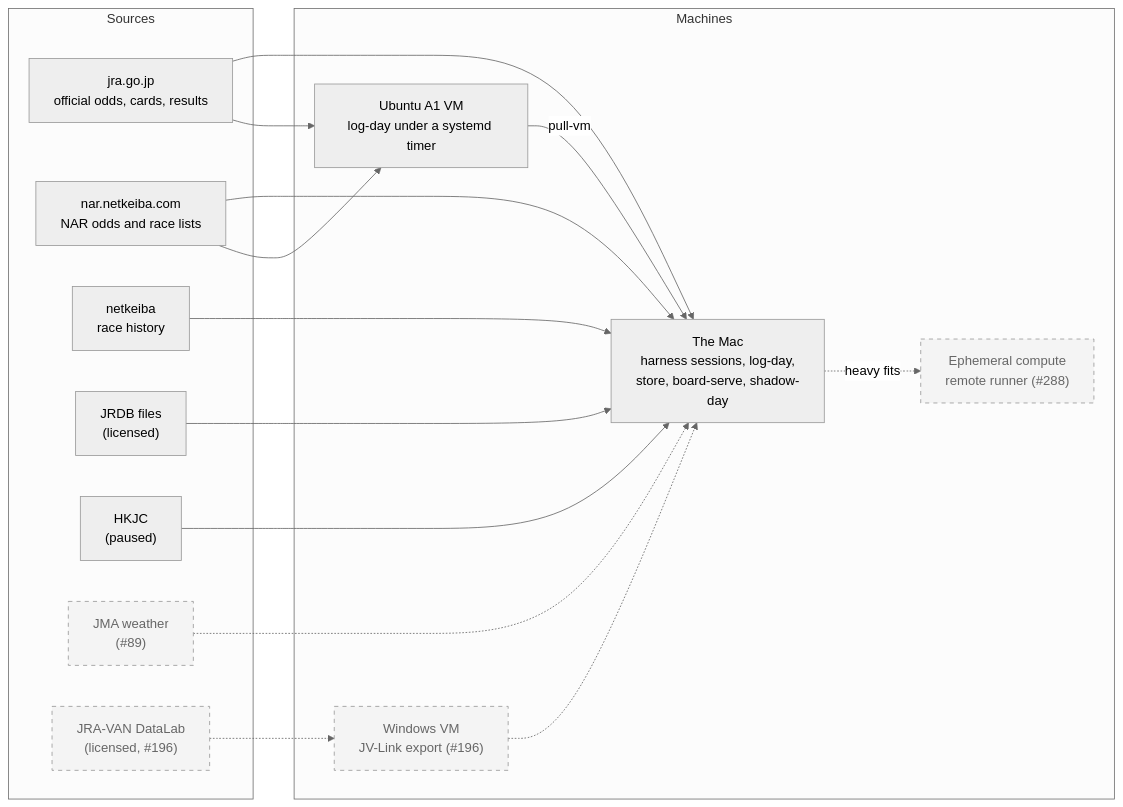
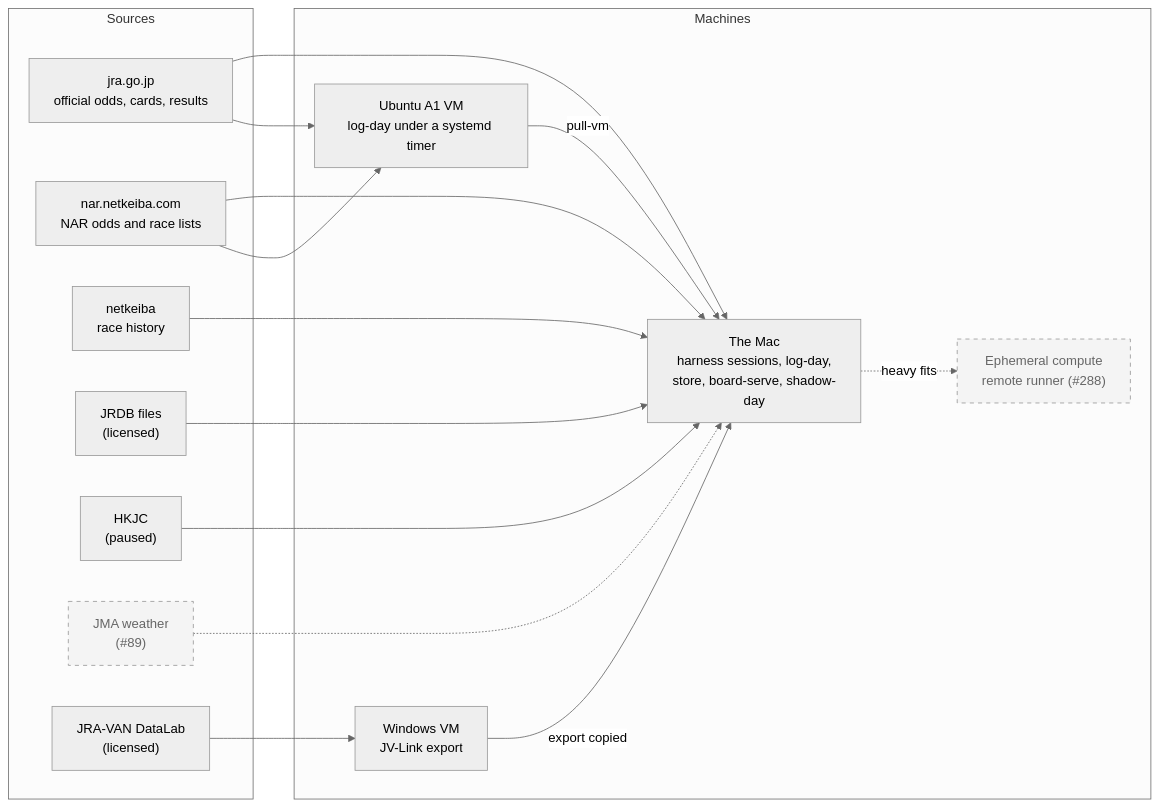
The first of 7 diagrams in docs/architecture.md (rjeskuri/HorseTrackBetting), drawn with Mermaid (neutral theme) before and after one commit. The commit also changed other lines of this file and 2 other files, not shown here.

First line of the commit message:
Document the JRA-VAN flow in the architecture and store specs (#375)

````diff
--- a/docs/architecture.md
+++ b/docs/architecture.md
@@ -24,32 +24,32 @@
 ```mermaid
 flowchart LR
   subgraph src["Sources"]
     jra["jra.go.jp<br>official odds, cards, results"]
     nar["nar.netkeiba.com<br>NAR odds and race lists"]
     nk["netkeiba<br>race history"]
     jrdb["JRDB files<br>(licensed)"]
     hkjc["HKJC<br>(paused)"]
     jma["JMA weather<br>(#89)"]
-    jv["JRA-VAN DataLab<br>(licensed, #196)"]
+    jv["JRA-VAN DataLab<br>(licensed)"]
   end
   subgraph mach["Machines"]
     mac["The Mac<br>harness sessions, log-day,<br>store, board-serve, shadow-day"]
     vm["Ubuntu A1 VM<br>log-day under a systemd timer"]
-    win["Windows VM<br>JV-Link export (#196)"]
+    win["Windows VM<br>JV-Link export"]
     run["Ephemeral compute<br>remote runner (#288)"]
   end
   jra --> mac
   jra --> vm
   nar --> mac
   nar --> vm
   nk --> mac
   jrdb --> mac
   hkjc --> mac
   jma -.-> mac
-  jv -.-> win
-  win -.-> mac
+  jv --> win
+  win -->|"export copied"| mac
   vm -->|"pull-vm"| mac
   mac -.->|"heavy fits"| run
   classDef planned stroke-dasharray: 5 5,fill:#f4f4f4,color:#666
-  class jma,jv,win,run planned
+  class jma,run planned
 ```
````
